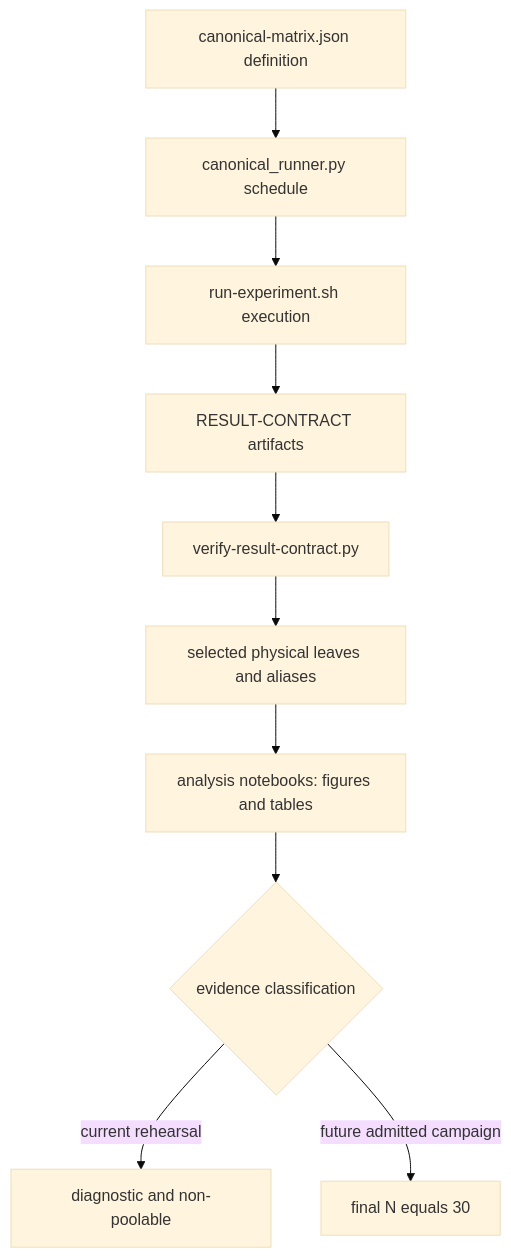
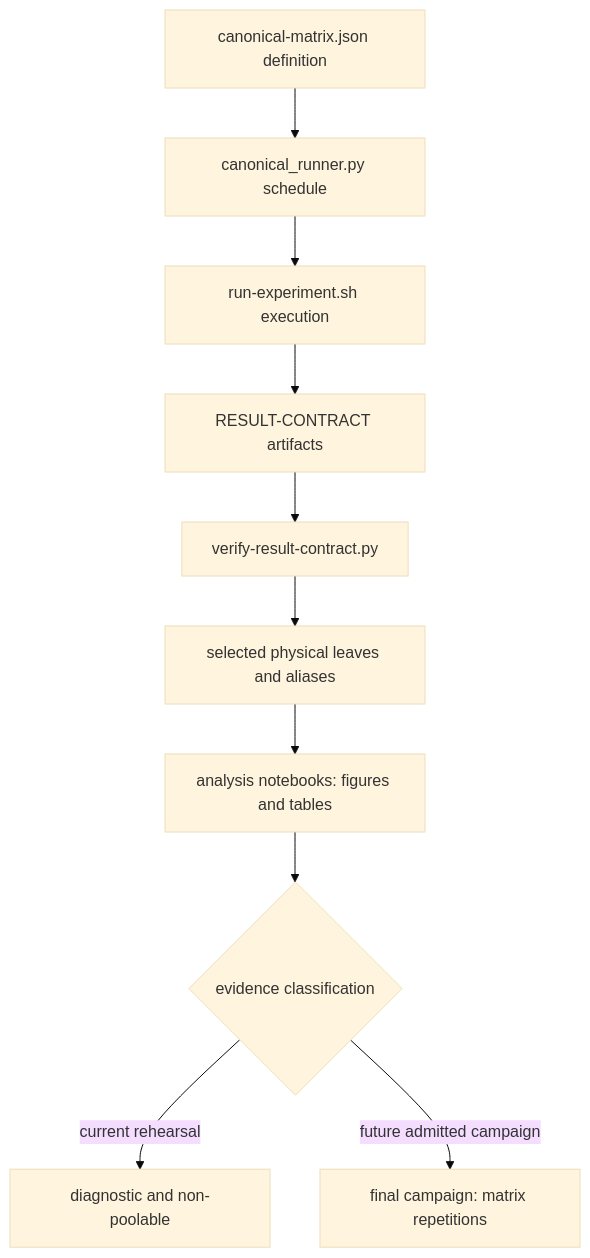
Before and after one commit to PedroKlein/wafer: the diagram in docs/learn/evaluation-harness.md, drawn with Mermaid (base theme). The commit also changed other lines of this file and 63 other files, not shown here.

````diff
--- a/docs/learn/evaluation-harness.md
+++ b/docs/learn/evaluation-harness.md
@@ -17,12 +17,12 @@
 ```mermaid
 flowchart TD
     A[canonical-matrix.json definition] --> B[canonical_runner.py schedule]
     B --> C[run-experiment.sh execution]
     C --> D[RESULT-CONTRACT artifacts]
     D --> E[verify-result-contract.py]
     E --> F[selected physical leaves and aliases]
     F --> H[analysis notebooks: figures and tables]
     H --> I{evidence classification}
     I -->|current rehearsal| J[diagnostic and non-poolable]
-    I -->|future admitted campaign| K[final N equals 30]
+    I -->|future admitted campaign| K[final campaign: matrix repetitions]
 ```
````
